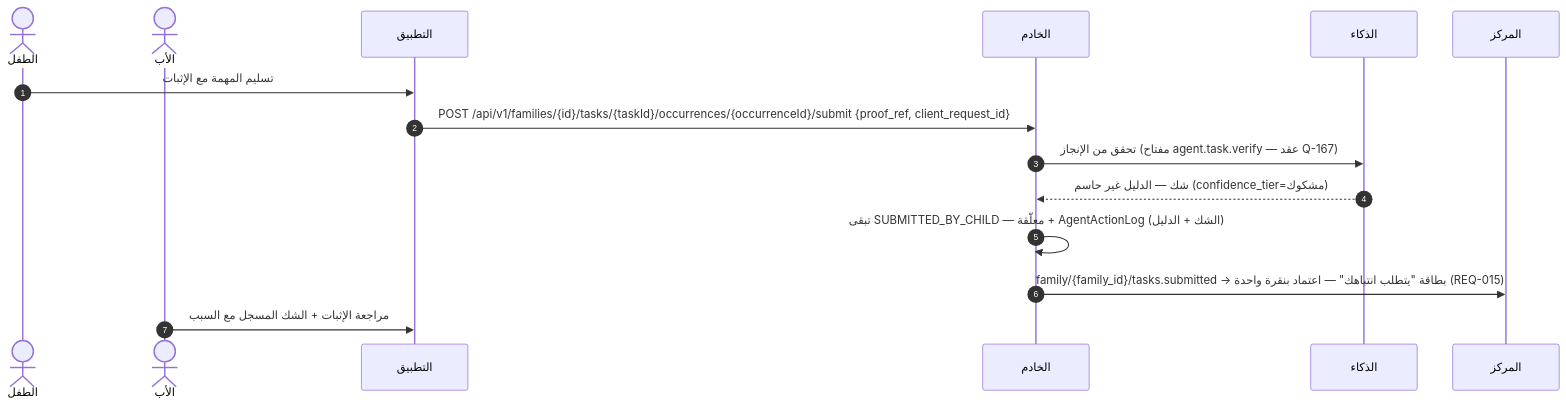
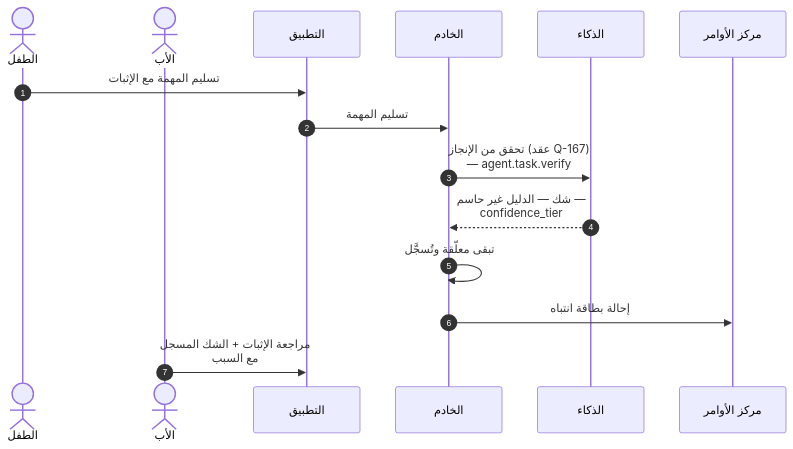
Diagram 14 of 30 in docs/family-os/governance/phases/phase-1/S1-06-tasks-and-calendar/DIAGRAMS.md (Bassam-mohammed-alqaeadi/family-os-v2), drawn with Mermaid before and after one commit. The commit also changed other lines of this file, not shown here.

````diff
--- a/docs/family-os/governance/phases/phase-1/S1-06-tasks-and-calendar/DIAGRAMS.md
+++ b/docs/family-os/governance/phases/phase-1/S1-06-tasks-and-calendar/DIAGRAMS.md
@@ -451,17 +538,18 @@
 ```mermaid
+%%{init: {"sequence": {"wrap": true}}}%%
 sequenceDiagram
     autonumber
     actor Child as الطفل
     actor Father as الأب
     participant App as التطبيق
     participant Ktor as الخادم
     participant AI as الذكاء
-    participant S109 as المركز
+    participant S109 as مركز الأوامر
     Child->>App: تسليم المهمة مع الإثبات
-    App->>Ktor: POST /api/v1/families/{id}/tasks/{taskId}/occurrences/{occurrenceId}/submit {proof_ref, client_request_id}
-    Ktor->>AI: تحقق من الإنجاز (مفتاح agent.task.verify — عقد Q-167)
-    AI-->>Ktor: شك — الدليل غير حاسم (confidence_tier=مشكوك)
-    Ktor->>Ktor: تبقى SUBMITTED_BY_CHILD — معلّقة + AgentActionLog (الشك + الدليل)
-    Ktor->>S109: family/{family_id}/tasks.submitted → بطاقة "يتطلب انتباهك" — اعتماد بنقرة واحدة (REQ-015)
+    App->>Ktor: تسليم المهمة
+    Ktor->>AI: تحقق من الإنجاز (عقد Q-167) — agent.task.verify
+    AI-->>Ktor: شك — الدليل غير حاسم — confidence_tier
+    Ktor->>Ktor: تبقى معلّقة وتُسجَّل
+    Ktor->>S109: إحالة بطاقة انتباه
     Father->>App: مراجعة الإثبات + الشك المسجل مع السبب
 ```
````
